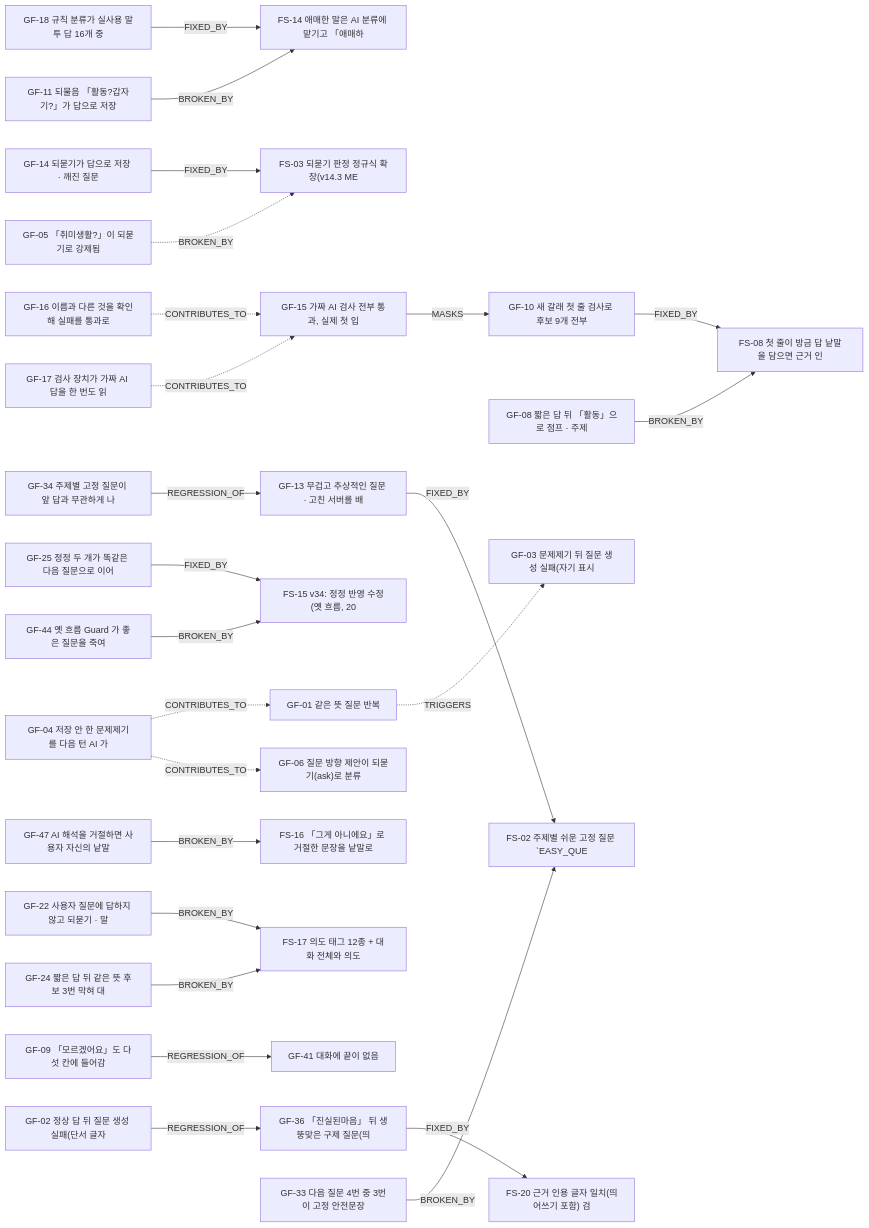
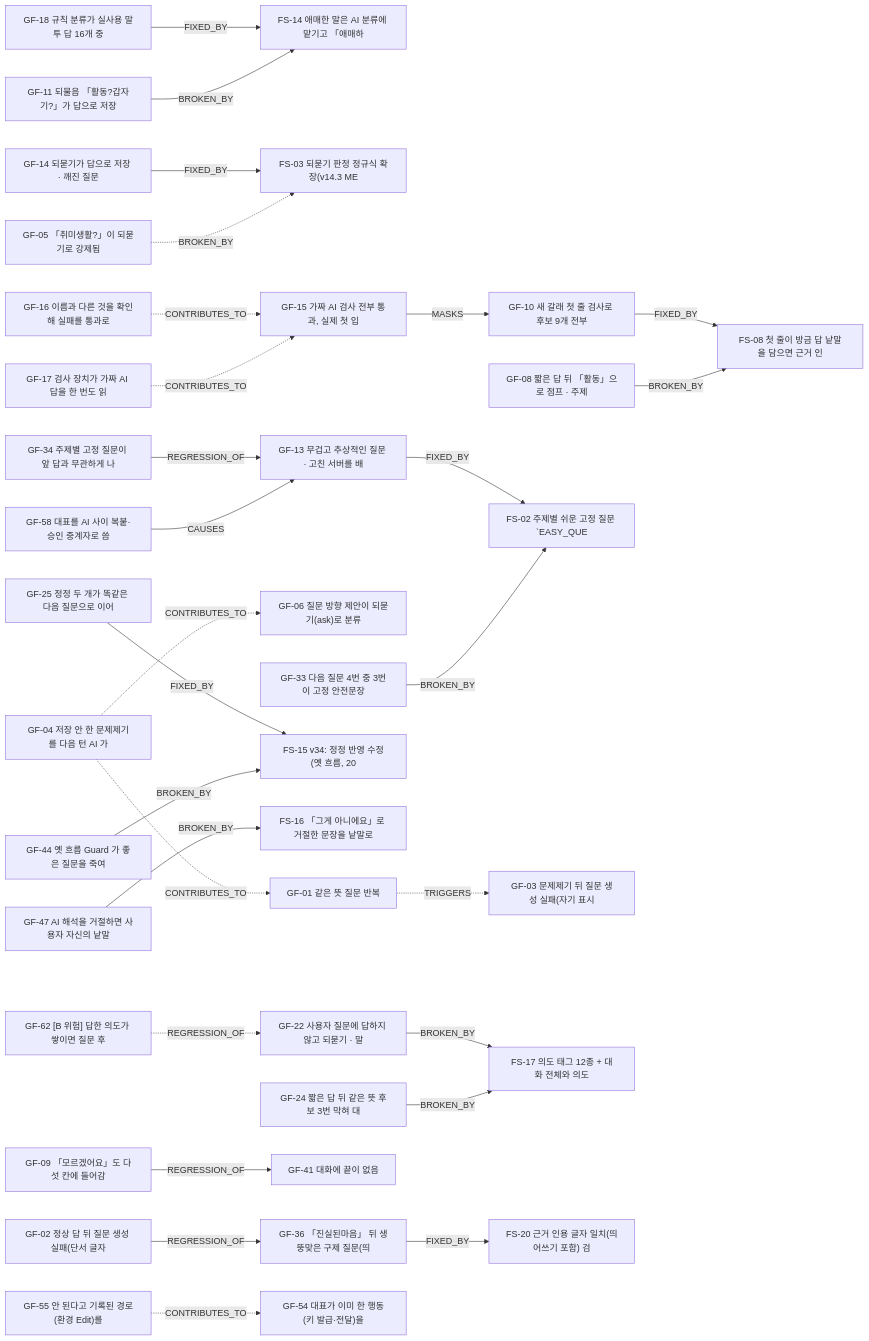
The diagram in docs/failure-intelligence/FAILURE_GRAPH.md (founder94/ECHO-MVP-), drawn with Mermaid before and after one commit. The commit also changed other lines of this file and 25 other files, not shown here.

````diff
--- a/docs/failure-intelligence/FAILURE_GRAPH.md
+++ b/docs/failure-intelligence/FAILURE_GRAPH.md
@@ -5,59 +5,66 @@
 ```mermaid
 graph LR
   GF-10["GF-10 새 갈래 첫 줄 검사로 후보 9개 전부 "]
   FS-08["FS-08 첫 줄이 방금 답 낱말을 담으면 근거 인"]
   GF-08["GF-08 짧은 답 뒤 「활동」으로 점프 · 주제 "]
   GF-18["GF-18 규칙 분류가 실사용 말투 답 16개 중 "]
   FS-14["FS-14 애매한 말은 AI 분류에 맡기고 「애매하"]
   GF-11["GF-11 되물음 「활동?갑자기?」가 답으로 저장 "]
   GF-14["GF-14 되묻기가 답으로 저장 · 깨진 질문"]
   FS-03["FS-03 되묻기 판정 정규식 확장(v14.3 ME"]
   GF-05["GF-05 「취미생활?」이 되묻기로 강제됨"]
   GF-13["GF-13 무겁고 추상적인 질문 · 고친 서버를 배"]
   FS-02["FS-02 주제별 쉬운 고정 질문 `EASY_QUE"]
   GF-04["GF-04 저장 안 한 문제제기를 다음 턴 AI 가"]
   GF-01["GF-01 같은 뜻 질문 반복"]
   GF-06["GF-06 질문 방향 제안이 되묻기(ask)로 분류"]
   GF-03["GF-03 문제제기 뒤 질문 생성 실패(자기 표시 "]
   GF-15["GF-15 가짜 AI 검사 전부 통과, 실제 첫 입"]
   GF-16["GF-16 이름과 다른 것을 확인해 실패를 통과로 "]
   GF-17["GF-17 검사 장치가 가짜 AI 답을 한 번도 읽"]
   GF-25["GF-25 정정 두 개가 똑같은 다음 질문으로 이어"]
   FS-15["FS-15 v34: 정정 반영 수정(옛 흐름, 20"]
   GF-44["GF-44 옛 흐름 Guard 가 좋은 질문을 죽여"]
   GF-47["GF-47 AI 해석을 거절하면 사용자 자신의 낱말"]
   FS-16["FS-16 「그게 아니에요」로 거절한 문장을 낱말로"]
   GF-22["GF-22 사용자 질문에 답하지 않고 되묻기 · 말"]
   FS-17["FS-17 의도 태그 12종 + 대화 전체와 의도 "]
   GF-24["GF-24 짧은 답 뒤 같은 뜻 후보 3번 막혀 대"]
   GF-36["GF-36 「진실된마음」 뒤 생뚱맞은 구제 질문(띄"]
   FS-20["FS-20 근거 인용 글자 일치(띄어쓰기 포함) 검"]
   GF-02["GF-02 정상 답 뒤 질문 생성 실패(단서 글자 "]
   GF-09["GF-09 「모르겠어요」도 다섯 칸에 들어감"]
   GF-41["GF-41 대화에 끝이 없음"]
   GF-34["GF-34 주제별 고정 질문이 앞 답과 무관하게 나"]
   GF-33["GF-33 다음 질문 4번 중 3번이 고정 안전문장"]
+  GF-58["GF-58 대표를 AI 사이 복붙·승인 중계자로 씀"]
+  GF-55["GF-55 안 된다고 기록된 경로(환경 Edit)를"]
+  GF-54["GF-54 대표가 이미 한 행동(키 발급·전달)을 "]
+  GF-62["GF-62 [B 위험] 답한 의도가 쌓이면 질문 후"]
   GF-10 -->|FIXED_BY| FS-08
   GF-08 -->|BROKEN_BY| FS-08
   GF-18 -->|FIXED_BY| FS-14
   GF-11 -->|BROKEN_BY| FS-14
   GF-14 -->|FIXED_BY| FS-03
   GF-05 -.->|BROKEN_BY| FS-03
   GF-13 -->|FIXED_BY| FS-02
   GF-04 -.->|CONTRIBUTES_TO| GF-01
   GF-04 -.->|CONTRIBUTES_TO| GF-06
   GF-01 -.->|TRIGGERS| GF-03
   GF-15 -->|MASKS| GF-10
   GF-16 -.->|CONTRIBUTES_TO| GF-15
   GF-17 -.->|CONTRIBUTES_TO| GF-15
   GF-25 -->|FIXED_BY| FS-15
   GF-44 -->|BROKEN_BY| FS-15
   GF-47 -->|BROKEN_BY| FS-16
   GF-22 -->|BROKEN_BY| FS-17
   GF-24 -->|BROKEN_BY| FS-17
   GF-36 -->|FIXED_BY| FS-20
   GF-02 -->|REGRESSION_OF| GF-36
   GF-09 -->|REGRESSION_OF| GF-41
   GF-34 -->|REGRESSION_OF| GF-13
   GF-33 -->|BROKEN_BY| FS-02
+  GF-58 -->|CAUSES| GF-13
+  GF-55 -.->|CONTRIBUTES_TO| GF-54
+  GF-62 -.->|REGRESSION_OF| GF-22
 ```
````
